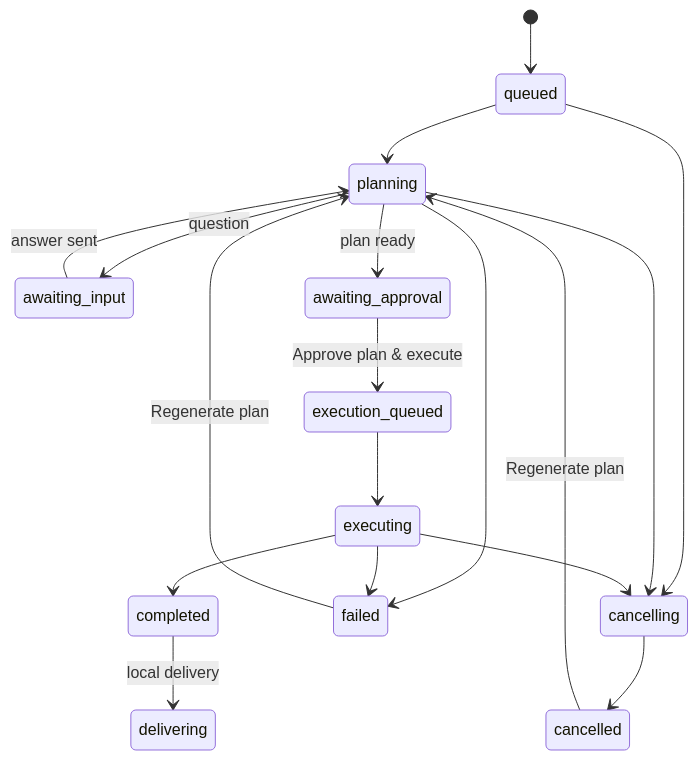
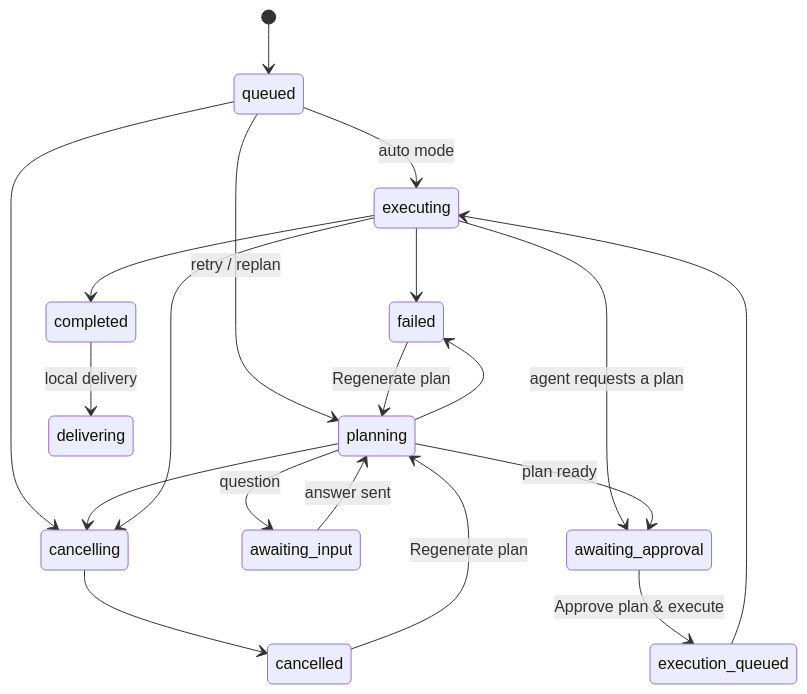
The diagram in doc/agent-sessions.md (ogetstephane/kanban-ia-factory), drawn with Mermaid before and after one commit. The commit also changed other lines of this file and 32 other files, not shown here.

````diff
--- a/doc/agent-sessions.md
+++ b/doc/agent-sessions.md
@@ -70,20 +70,22 @@
 ```mermaid
 stateDiagram-v2
     [*] --> queued
-    queued --> planning
+    queued --> executing: auto mode
+    executing --> awaiting_approval: agent requests a plan
+    queued --> planning: retry / replan
     planning --> awaiting_input: question
     awaiting_input --> planning: answer sent
     planning --> awaiting_approval: plan ready
     awaiting_approval --> execution_queued: Approve plan & execute
     execution_queued --> executing
     executing --> completed
     completed --> delivering: local delivery
     planning --> failed
     executing --> failed
     queued --> cancelling
     planning --> cancelling
     executing --> cancelling
     cancelling --> cancelled
     failed --> planning: Regenerate plan
     cancelled --> planning: Regenerate plan
 ```
````
